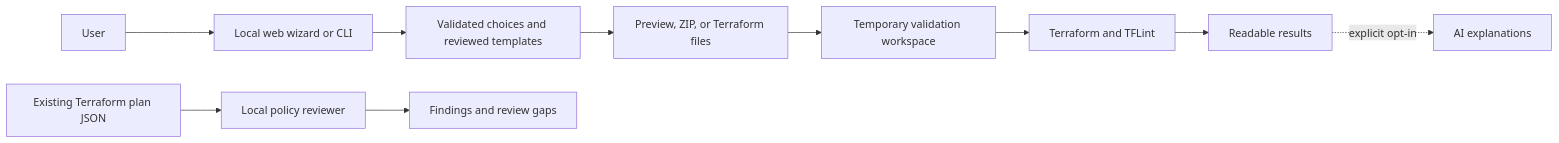
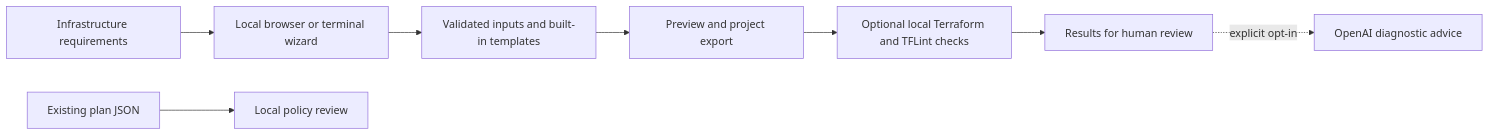
One commit to chriswayneh/TerraForma-IaC changed the diagram in README.md. Above: the diagram before and after it, drawn with Mermaid. The commit also changed other lines of this file and 8 other files, not shown here.

Commit message:
Overhaul project documentation for onboarding and security review

````diff
--- a/README.md
+++ b/README.md
@@ -147,12 +104,10 @@
 ```mermaid
 flowchart LR
-    User[User] --> Wizard[Local web wizard or CLI]
-    Wizard --> Generator[Validated choices and reviewed templates]
-    Generator --> Files[Preview, ZIP, or Terraform files]
-    Files --> Validation[Temporary validation workspace]
-    Validation --> Tools[Terraform and TFLint]
-    Tools --> Results[Readable results]
-    Results -. explicit opt-in .-> AI[AI explanations]
-    Plan[Existing Terraform plan JSON] --> Review[Local policy reviewer]
-    Review --> Report[Findings and review gaps]
+    User[Infrastructure requirements] --> Interface[Local browser or terminal wizard]
+    Interface --> Generator[Validated inputs and built-in templates]
+    Generator --> Files[Preview and project export]
+    Files --> Checks[Optional local Terraform and TFLint checks]
+    Checks --> Results[Results for human review]
+    Results -. explicit opt-in .-> AI[OpenAI diagnostic advice]
+    Plan[Existing plan JSON] --> Review[Local policy review]
 ```
````
